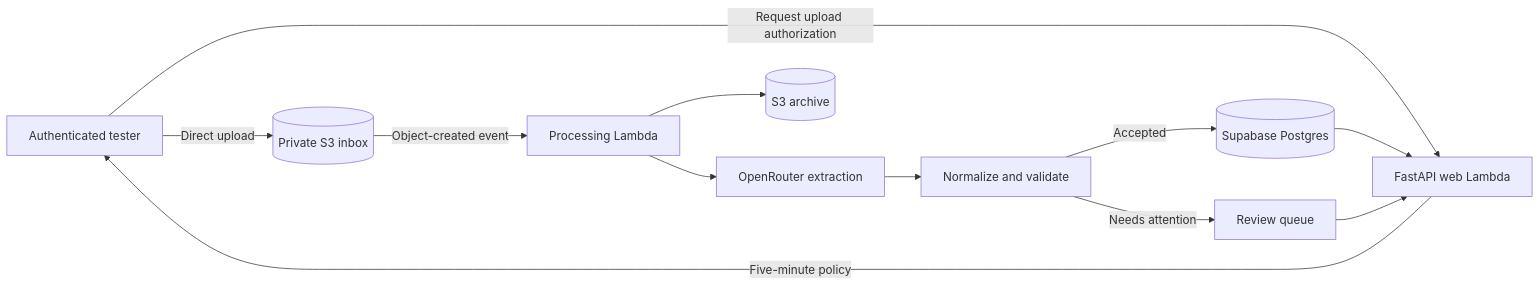
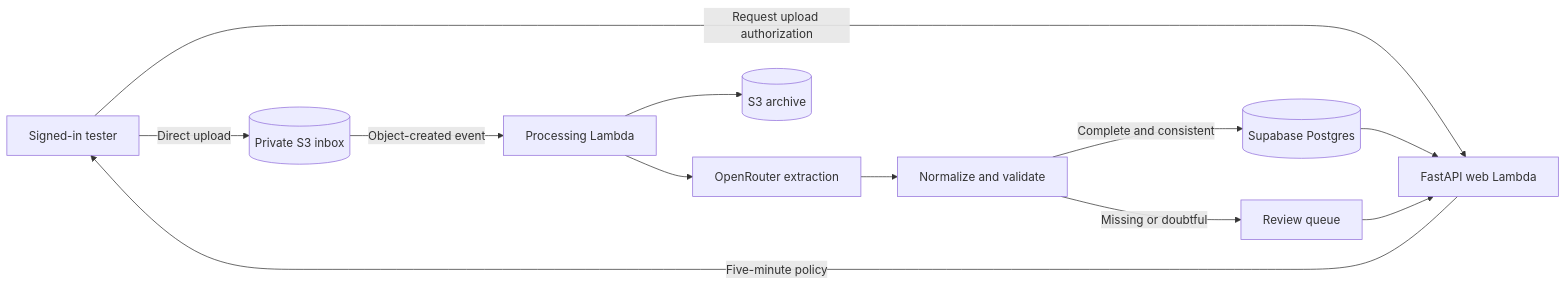
The diagram in README.md (atikulmunna/visual-invoice-processor), drawn with Mermaid before and after one commit. The commit also changed other lines of this file, not shown here.

First line of the commit message:
Rewrite the README for the current system and add a roadmap

````diff
--- a/README.md
+++ b/README.md
@@ -34,14 +32,14 @@
 ```mermaid
 flowchart LR
-    USER[Authenticated tester] -->|Request upload authorization| WEB[FastAPI web Lambda]
+    USER[Signed-in tester] -->|Request upload authorization| WEB[FastAPI web Lambda]
     WEB -->|Five-minute policy| USER
     USER -->|Direct upload| INBOX[(Private S3 inbox)]
     INBOX -->|Object-created event| WORKER[Processing Lambda]
     WORKER --> EXTRACT[OpenRouter extraction]
     EXTRACT --> NORMALIZE[Normalize and validate]
-    NORMALIZE -->|Accepted| DB[(Supabase Postgres)]
-    NORMALIZE -->|Needs attention| REVIEW[Review queue]
+    NORMALIZE -->|Complete and consistent| DB[(Supabase Postgres)]
+    NORMALIZE -->|Missing or doubtful| REVIEW[Review queue]
     WORKER --> ARCHIVE[(S3 archive)]
     DB --> WEB
     REVIEW --> WEB
 ```
````
